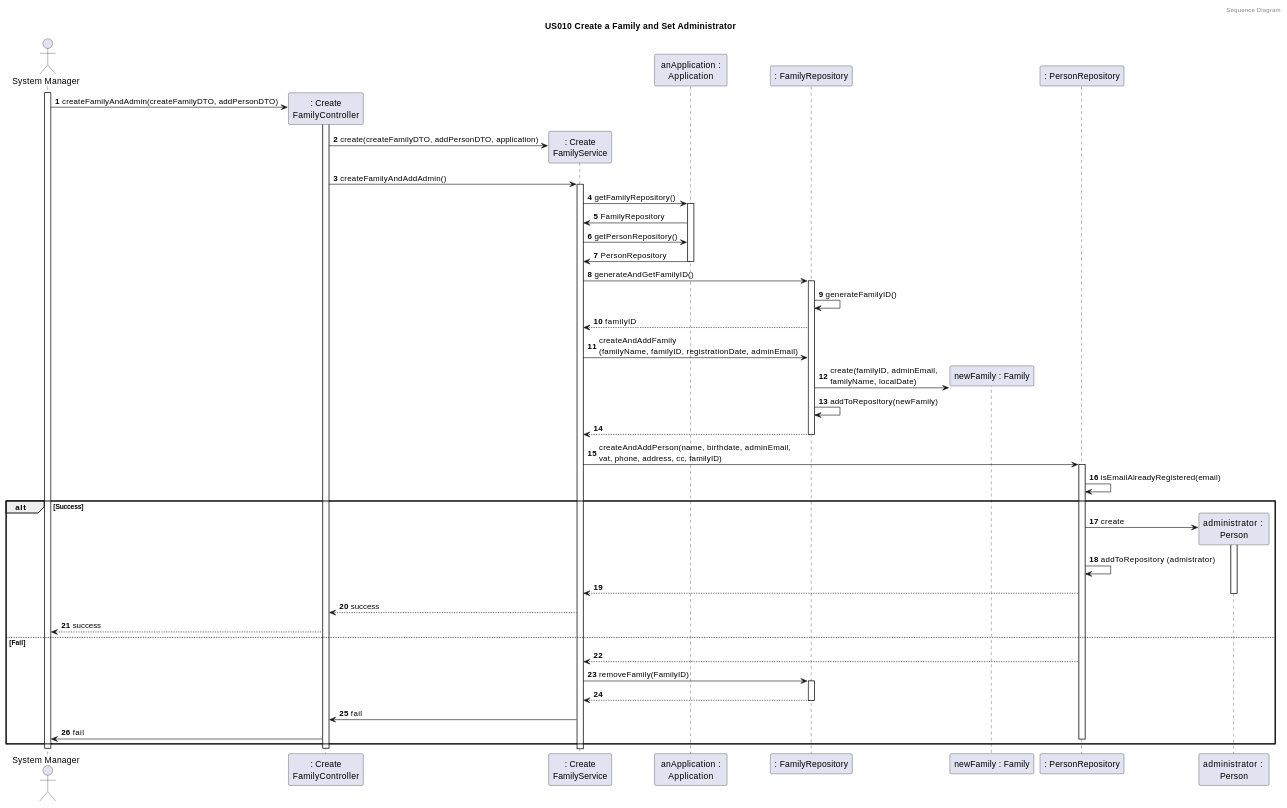
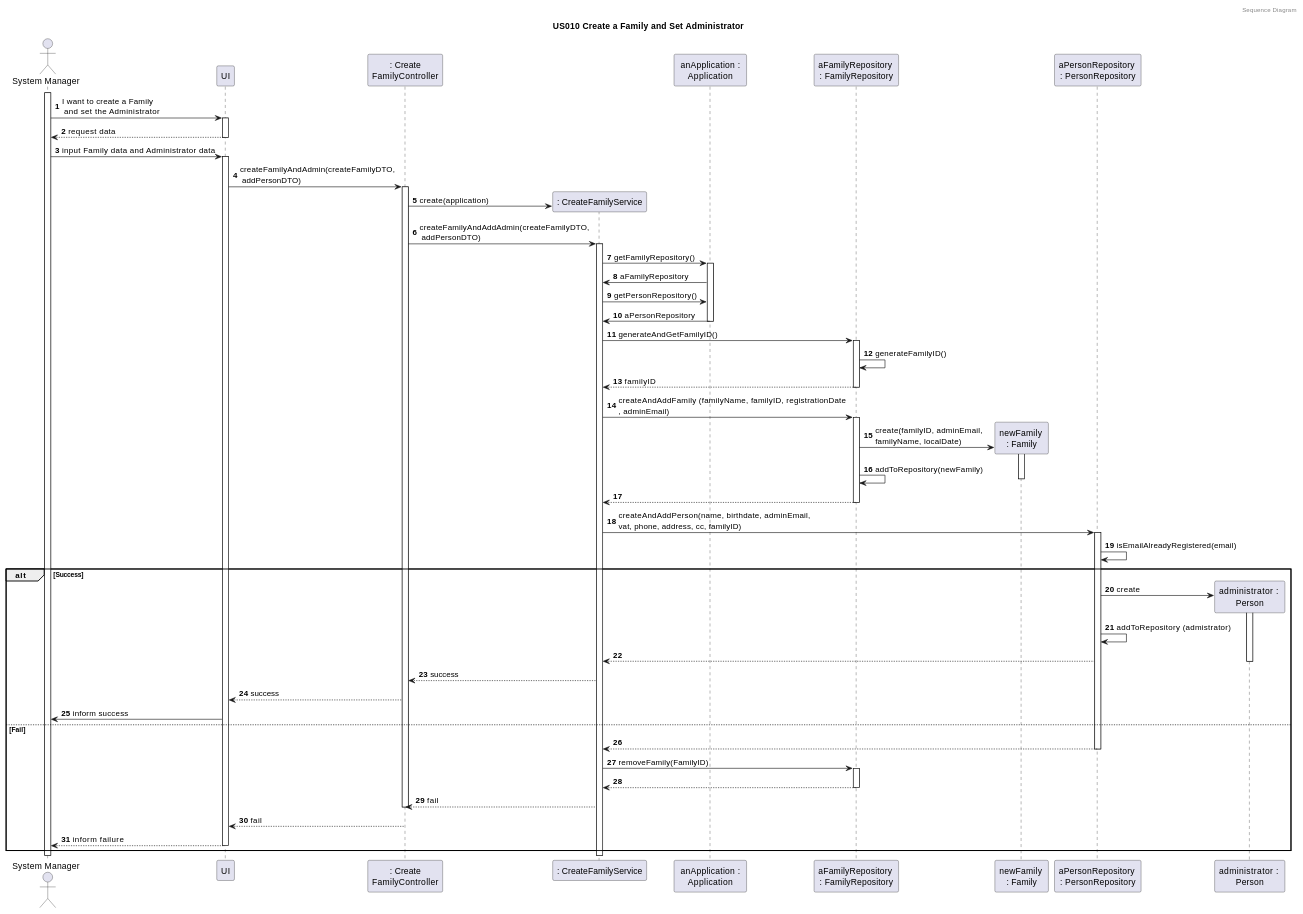
Before and after one commit to tomas-osswald/switch_2020_g3: the third of 4 diagrams in docs/sprint3/user_stories/US010_CreateAFamilyAndSetAdministrator.md, drawn with PlantUML. The commit also changed other lines of this file, not shown here.

Commit message:
changes to SD

`````diff
--- a/docs/sprint3/user_stories/US010_CreateAFamilyAndSetAdministrator.md
+++ b/docs/sprint3/user_stories/US010_CreateAFamilyAndSetAdministrator.md
@@ -124,42 +124,53 @@
 header Sequence Diagram
 title US010 Create a Family and Set Administrator
 actor "System Manager" as systemManager
-'participant "UI" as UI
+participant "UI" as UI
 participant ": Create\nFamilyController" as controller
-participant ": Create\nFamilyService" as FamAdminService
+participant ": CreateFamilyService" as FamAdminService
 participant " anApplication : \nApplication" as app
-participant ": FamilyRepository" as frepository
-participant "newFamily : Family" as family
-participant ": PersonRepository" as prepository
+participant "aFamilyRepository \n: FamilyRepository" as frepository
+participant "newFamily \n: Family" as family
+participant "aPersonRepository \n: PersonRepository" as prepository
 participant "administrator : \nPerson" as admin
 activate systemManager
-systemManager -> controller**: createFamilyAndAdmin(createFamilyDTO, addPersonDTO)
+systemManager -> UI: I want to create a Family \n and set the Administrator
+activate UI
+return request data
+systemManager -> UI : input Family data and Administrator data 
+activate UI
+UI -> controller : createFamilyAndAdmin(createFamilyDTO,\n addPersonDTO)
 activate controller
-controller -> FamAdminService** : create(createFamilyDTO, addPersonDTO, application)
-controller -> FamAdminService : createFamilyAndAddAdmin()
+controller -> FamAdminService** : create(application)
+controller -> FamAdminService : createFamilyAndAddAdmin(createFamilyDTO,\n addPersonDTO)
 activate FamAdminService
 
 FamAdminService -> app : getFamilyRepository()
 activate app
-app -> FamAdminService : FamilyRepository
+app -> FamAdminService : aFamilyRepository
 FamAdminService -> app : getPersonRepository()
-app -> FamAdminService : PersonRepository
+app -> FamAdminService : aPersonRepository
 deactivate app
 
 FamAdminService -> frepository: generateAndGetFamilyID()
 activate frepository
 frepository -> frepository : generateFamilyID()
-frepository --> FamAdminService : familyID
-FamAdminService -> frepository: createAndAddFamily \n(familyName, familyID, registrationDate, adminEmail)
+return familyID
+
+FamAdminService -> frepository: createAndAddFamily (familyName, familyID, registrationDate\n, adminEmail)
+activate frepository
+
+frepository -> family** : create(familyID, adminEmail, \nfamilyName, localDate)
+activate family
 
 
-frepository -> family** : create(familyID, adminEmail, \nfamilyName, localDate)
+frepository -> frepository : addToRepository(newFamily)
 
-frepository -> frepository : addToRepository(newFamily)
+deactivate family
 return
 
+
 FamAdminService -> prepository : createAndAddPerson(name, birthdate, adminEmail, \nvat, phone, address, cc, familyID)
-
+deactivate frepository
 
 
 activate prepository
@@ -174,18 +185,24 @@
 prepository --> FamAdminService
 deactivate admin
 FamAdminService --> controller : success
-controller --> systemManager : success
+controller --> UI : success
+UI -> systemManager : inform success
 else Fail
 
+
 prepository --> FamAdminService
+deactivate prepository
 FamAdminService -> frepository : removeFamily(FamilyID)
 
 activate frepository
 return
-FamAdminService -> controller : fail
+FamAdminService --> controller : fail
+deactivate 
 
-controller -> systemManager : fail
-
+controller --> UI : fail
+deactivate controller
+UI --> systemManager : inform failure
+deactivate UI
 
 
 
@@ -194,7 +211,7 @@
 
 end
 
-deactivate controller
-deactivate systemManager
+
+
 @enduml
 ````
`````
